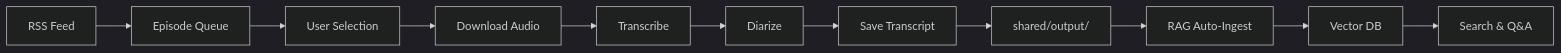
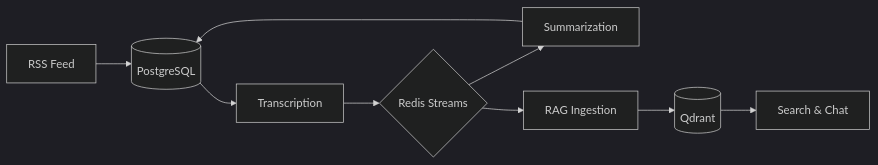
The diagram in README.md (dylangamachefl/pod-scribe), drawn with Mermaid (dark theme) before and after one commit. The commit also changed other lines of this file and 1 other file, not shown here.

Commit message:
Docs: Update README and QUICKSTART to accurately reflect PostgreSQL and Redis Streams architecture

````diff
--- a/README.md
+++ b/README.md
@@ -272,13 +274,11 @@
 ```mermaid
 graph LR
-    A[RSS Feed] --> B[Episode Queue]
-    B --> C[User Selection]
-    C --> D[Download Audio]
-    D --> E[Transcribe]
-    E --> F[Diarize]
-    F --> G[Save Transcript]
-    G --> H[shared/output/]
-    H --> I[RAG Auto-Ingest]
-    I --> J[Vector DB]
-    J --> K[Search & Q&A]
+    A[RSS Feed] --> B[(PostgreSQL)]
+    B --> C[Transcription]
+    C --> D{Redis Streams}
+    D --> E[Summarization]
+    E --> B
+    D --> F[RAG Ingestion]
+    F --> G[(Qdrant)]
+    G --> H[Search & Chat]
 ```
````
